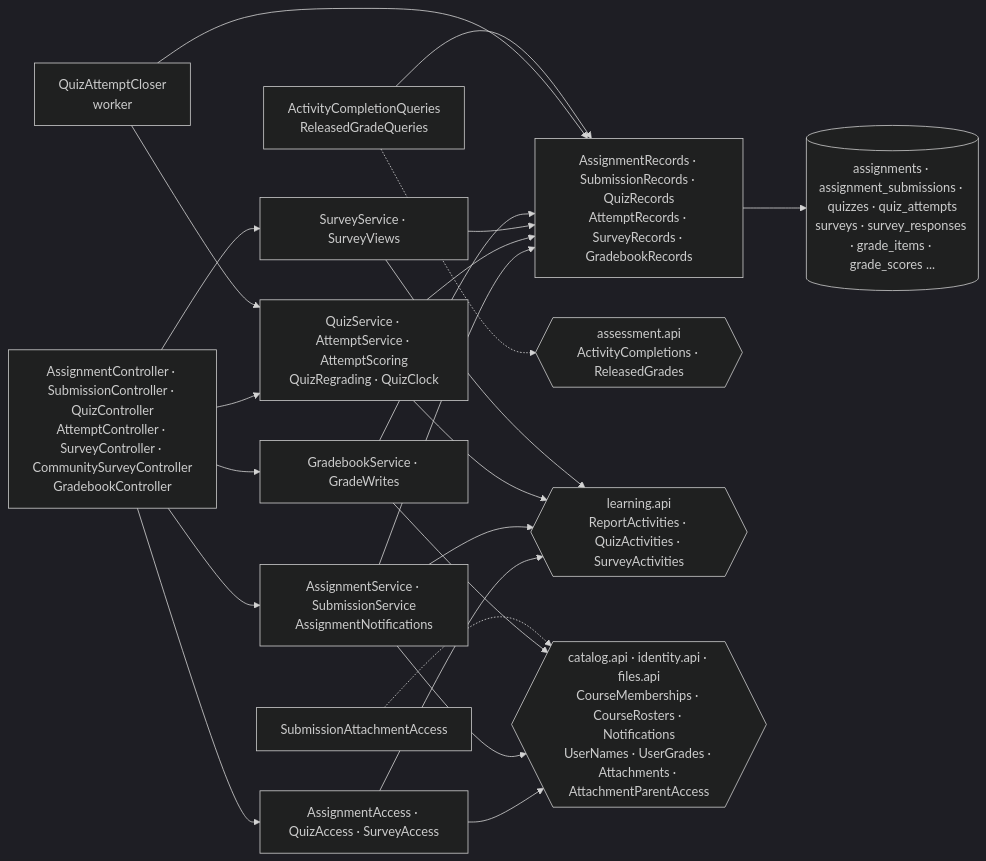
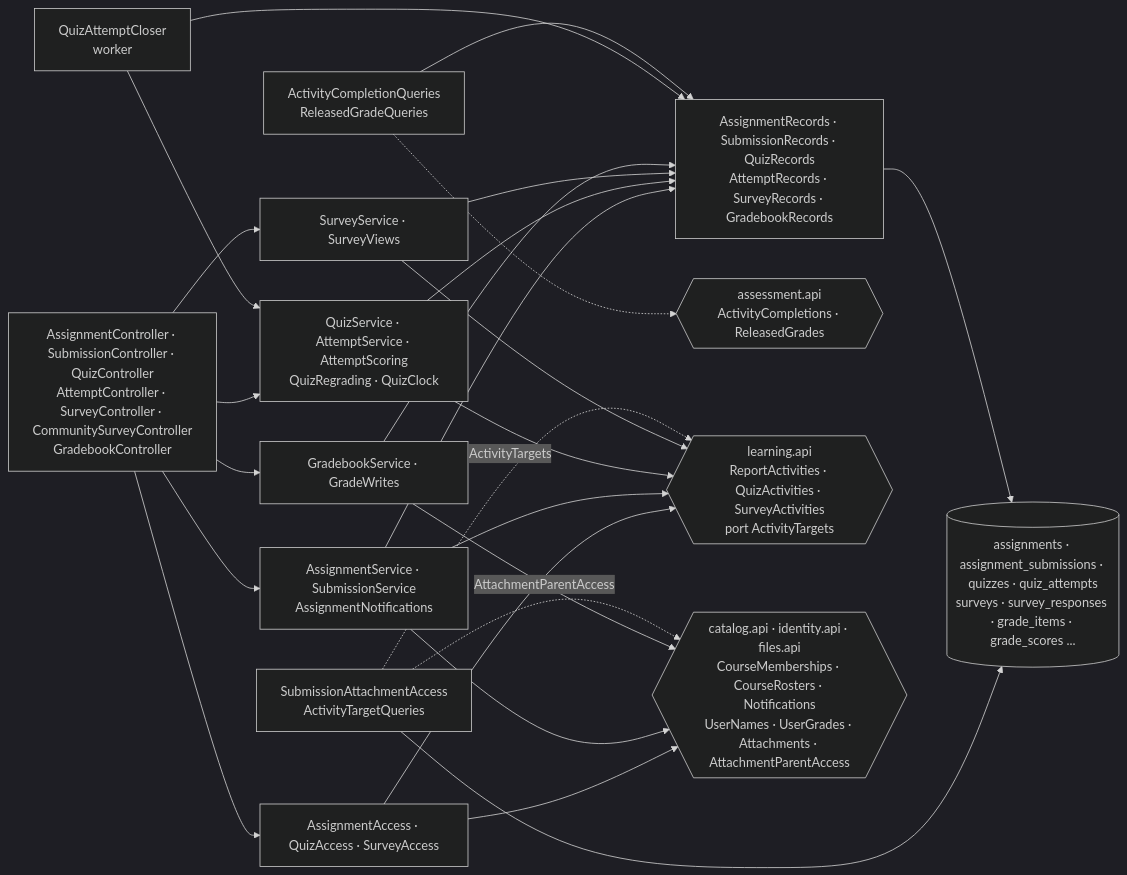
One commit to 2026ENDPoinT/team13 changed the ninth of 18 diagrams in backend/docs/c4.md. Above: the diagram before and after it, drawn with Mermaid (dark theme). The commit also changed other lines of this file, not shown here.

````diff
--- a/backend/docs/c4.md
+++ b/backend/docs/c4.md
@@ -351,28 +355,29 @@
 ```mermaid
 flowchart LR
   C["AssignmentController · SubmissionController · QuizController<br/>AttemptController · SurveyController · CommunitySurveyController<br/>GradebookController"]
   ACC["AssignmentAccess · QuizAccess · SurveyAccess"]
   SA["AssignmentService · SubmissionService<br/>AssignmentNotifications"]
   SQ["QuizService · AttemptService · AttemptScoring<br/>QuizRegrading · QuizClock"]
   SS["SurveyService · SurveyViews"]
   SG["GradebookService · GradeWrites"]
   W["QuizAttemptCloser<br/>worker"]
   R["AssignmentRecords · SubmissionRecords · QuizRecords<br/>AttemptRecords · SurveyRecords · GradebookRecords"]
   IMPL["ActivityCompletionQueries<br/>ReleasedGradeQueries"]
-  PIMPL["SubmissionAttachmentAccess"]
+  PIMPL["SubmissionAttachmentAccess<br/>ActivityTargetQueries"]
   API{{"assessment.api<br/>ActivityCompletions · ReleasedGrades"}}
-  LAPI{{"learning.api<br/>ReportActivities · QuizActivities · SurveyActivities"}}
+  LAPI{{"learning.api<br/>ReportActivities · QuizActivities · SurveyActivities<br/>port ActivityTargets"}}
   OAPI{{"catalog.api · identity.api · files.api<br/>CourseMemberships · CourseRosters · Notifications<br/>UserNames · UserGrades · Attachments · AttachmentParentAccess"}}
   DB[("assignments · assignment_submissions · quizzes · quiz_attempts<br/>surveys · survey_responses · grade_items · grade_scores ...")]
   C --> ACC
   C --> SA & SQ & SS & SG
   ACC --> LAPI & OAPI
   SA & SQ & SS --> LAPI
   SA & SG --> OAPI
   SA & SQ & SS & SG --> R
   W --> SQ & R
   IMPL --> R
   IMPL -.-> API
-  PIMPL -.-> OAPI
-  R --> DB
+  PIMPL -.->|"AttachmentParentAccess"| OAPI
+  PIMPL -.->|"ActivityTargets"| LAPI
+  PIMPL & R --> DB
 ```
````
